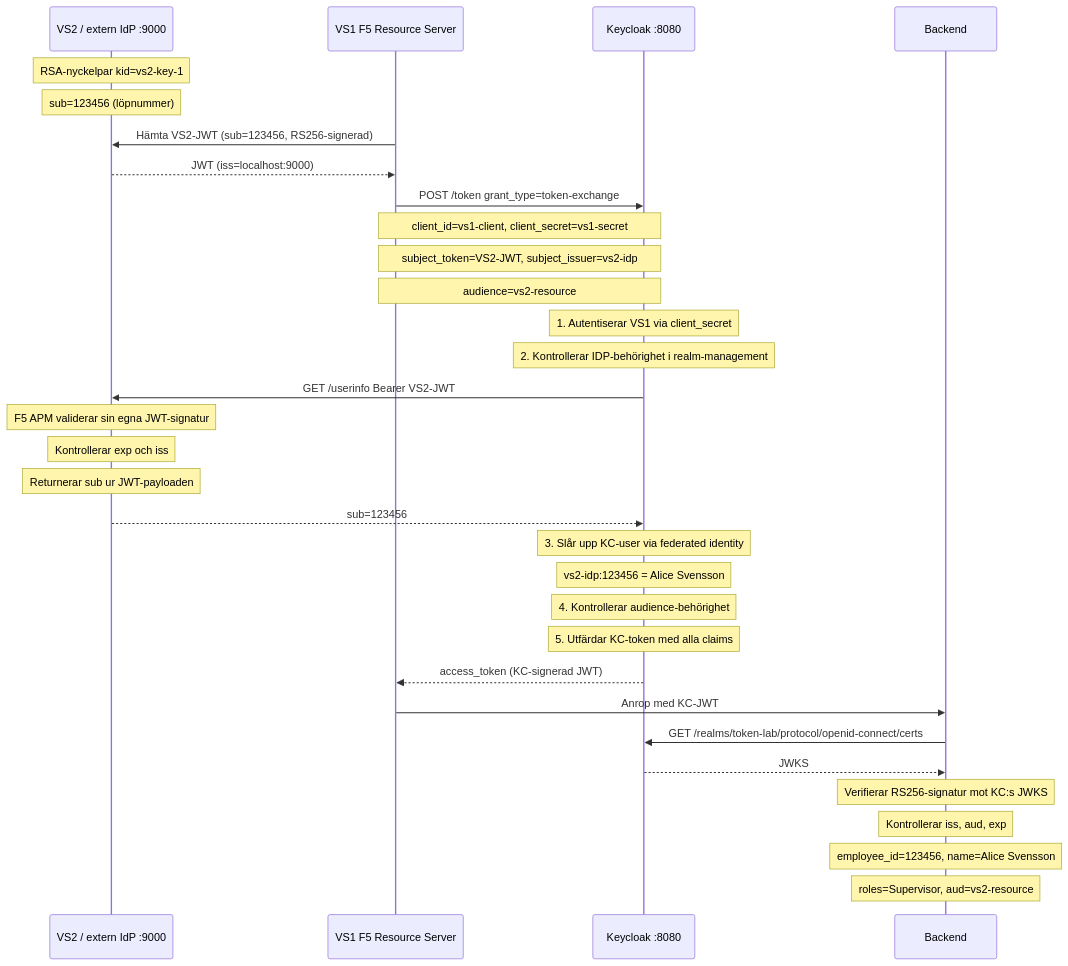
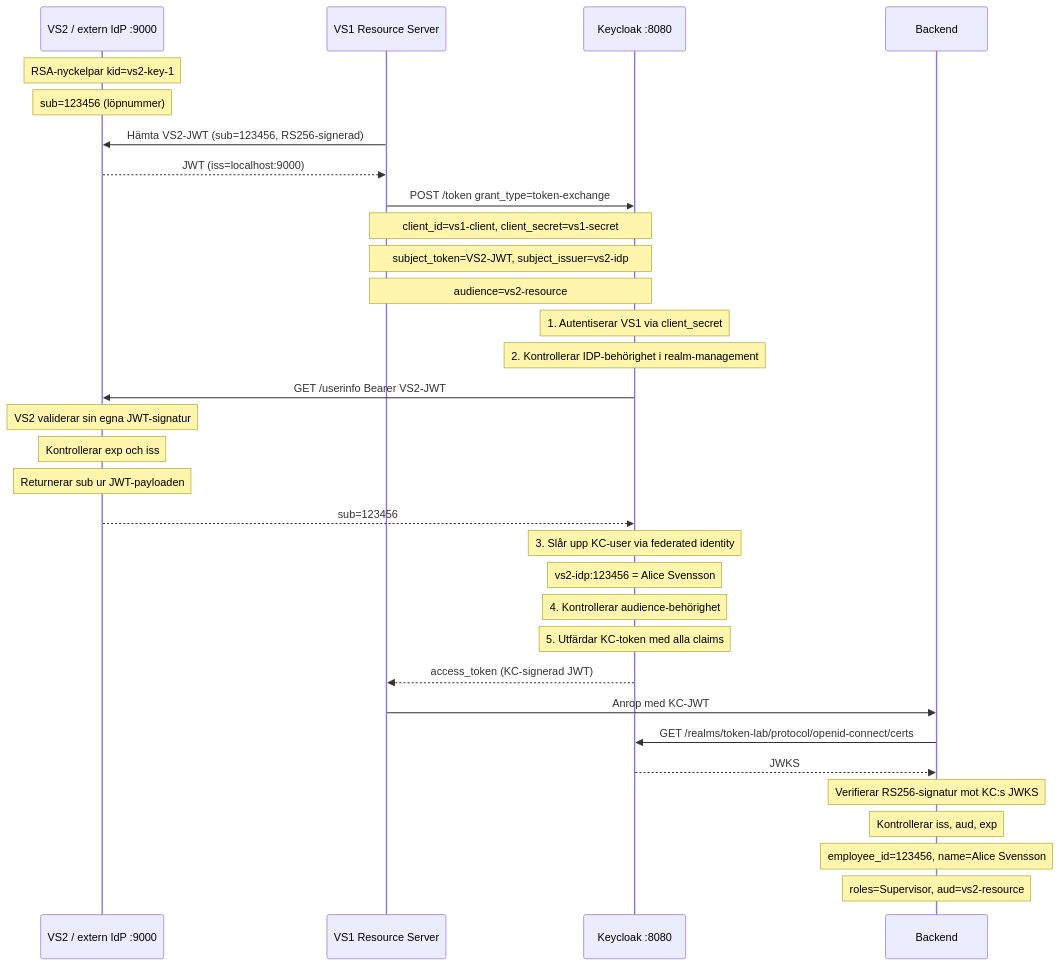
The diagram in README.md (rahmla/token-lab), drawn with Mermaid before and after one commit. The commit also changed other lines of this file, not shown here.

````diff
--- a/README.md
+++ b/README.md
@@ -39,44 +39,44 @@
 ```mermaid
 sequenceDiagram
     participant VS2 as VS2 / extern IdP :9000
-    participant VS1 as VS1 F5 Resource Server
+    participant VS1 as VS1 Resource Server
     participant KC as Keycloak :8080
     participant BE as Backend
 
     Note over VS2: RSA-nyckelpar kid=vs2-key-1
     Note over VS2: sub=123456 (löpnummer)
 
     VS1->>VS2: Hämta VS2-JWT (sub=123456, RS256-signerad)
     VS2-->>VS1: JWT (iss=localhost:9000)
 
     VS1->>KC: POST /token grant_type=token-exchange
     Note over VS1,KC: client_id=vs1-client, client_secret=vs1-secret
     Note over VS1,KC: subject_token=VS2-JWT, subject_issuer=vs2-idp
     Note over VS1,KC: audience=vs2-resource
 
     Note over KC: 1. Autentiserar VS1 via client_secret
     Note over KC: 2. Kontrollerar IDP-behörighet i realm-management
 
     KC->>VS2: GET /userinfo Bearer VS2-JWT
-    Note over VS2: F5 APM validerar sin egna JWT-signatur
+    Note over VS2: VS2 validerar sin egna JWT-signatur
     Note over VS2: Kontrollerar exp och iss
     Note over VS2: Returnerar sub ur JWT-payloaden
     VS2-->>KC: sub=123456
 
     Note over KC: 3. Slår upp KC-user via federated identity
     Note over KC: vs2-idp:123456 = Alice Svensson
     Note over KC: 4. Kontrollerar audience-behörighet
     Note over KC: 5. Utfärdar KC-token med alla claims
 
     KC-->>VS1: access_token (KC-signerad JWT)
 
     VS1->>BE: Anrop med KC-JWT
 
     BE->>KC: GET /realms/token-lab/protocol/openid-connect/certs
     KC-->>BE: JWKS
 
     Note over BE: Verifierar RS256-signatur mot KC:s JWKS
     Note over BE: Kontrollerar iss, aud, exp
     Note over BE: employee_id=123456, name=Alice Svensson
     Note over BE: roles=Supervisor, aud=vs2-resource
 ```
````
